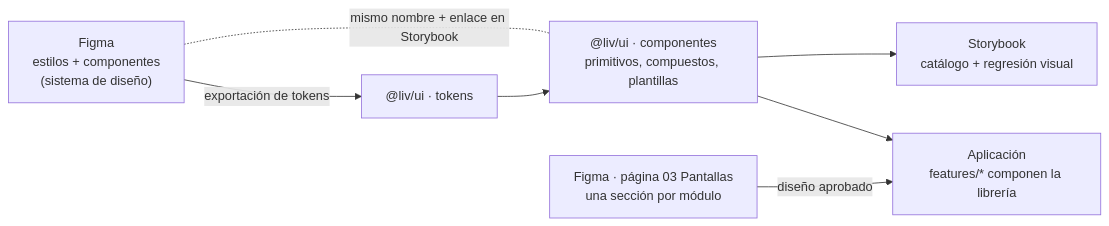
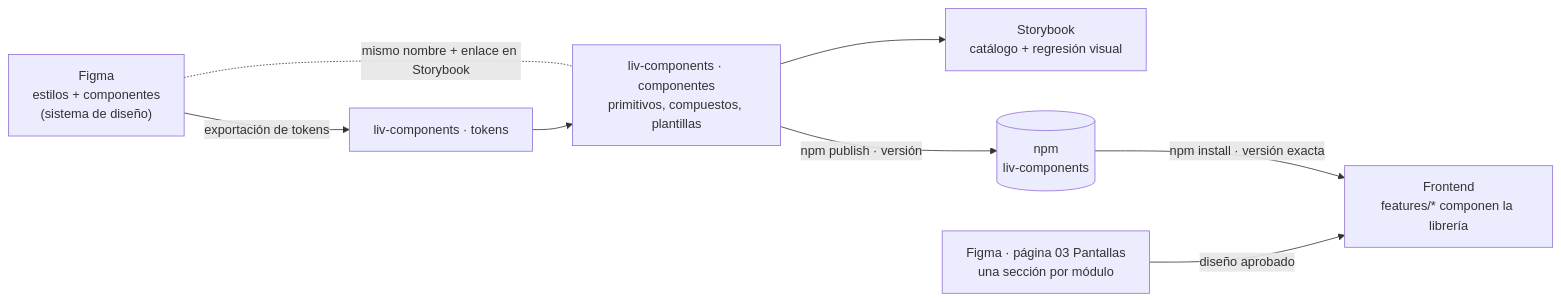
The sixth of 6 diagrams in docs/arquitectura/01_Arquitectura_de_Software.md (jorgearaujoSap/liv), drawn with Mermaid before and after one commit. The commit also changed other lines of this file and 19 other files, not shown here.

````diff
--- a/docs/arquitectura/01_Arquitectura_de_Software.md
+++ b/docs/arquitectura/01_Arquitectura_de_Software.md
@@ -376,9 +373,10 @@
 ```mermaid
 flowchart LR
-    FV["Figma<br/>estilos + componentes<br/>(sistema de diseño)"] -->|exportación de tokens| TK["@liv/ui · tokens"]
+    FV["Figma<br/>estilos + componentes<br/>(sistema de diseño)"] -->|exportación de tokens| TK["liv-components · tokens"]
     FV -. mismo nombre + enlace en Storybook .- CMP
-    TK --> CMP["@liv/ui · componentes<br/>primitivos, compuestos, plantillas"]
+    TK --> CMP["liv-components · componentes<br/>primitivos, compuestos, plantillas"]
     CMP --> SB["Storybook<br/>catálogo + regresión visual"]
-    CMP --> APP["Aplicación<br/>features/* componen la librería"]
+    CMP -->|npm publish · versión| NPM[("npm<br/>liv-components")]
+    NPM -->|npm install · versión exacta| APP["Frontend<br/>features/* componen la librería"]
     FP["Figma · página 03 Pantallas<br/>una sección por módulo"] -->|diseño aprobado| APP
 ```
````
